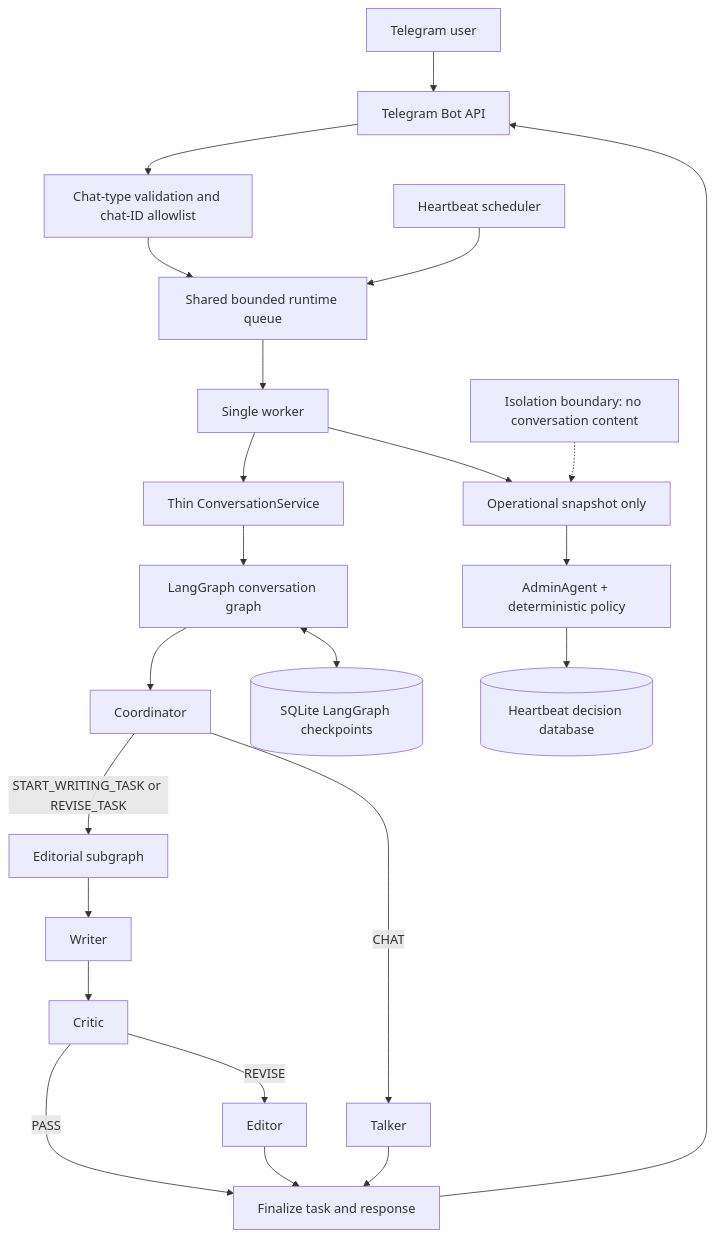
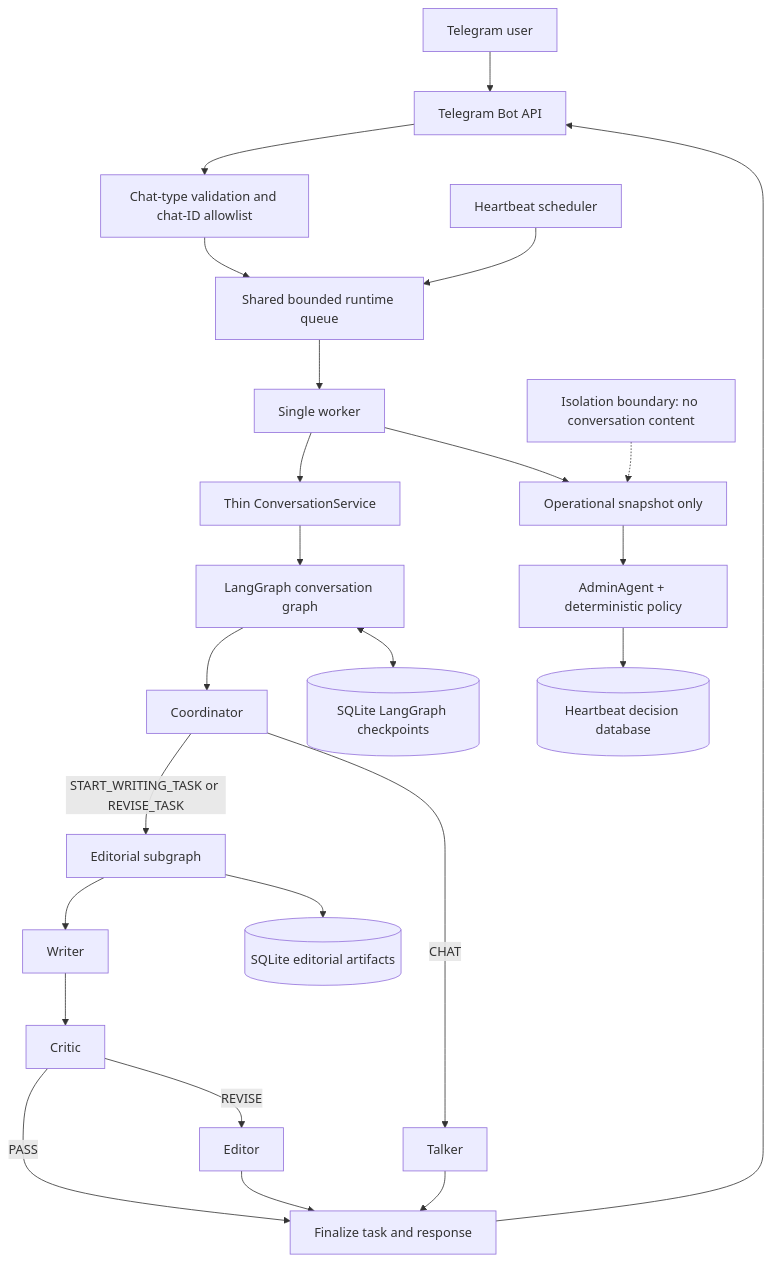
One commit to camomilesson/editorial-team-v2 changed the first of 6 diagrams in README.md. Above: the diagram before and after it, drawn with Mermaid. The commit also changed other lines of this file and 20 other files, not shown here.

````diff
--- a/README.md
+++ b/README.md
@@ -131,27 +134,28 @@
 ```mermaid
 flowchart TD
     U["Telegram user"] --> TG["Telegram Bot API"]
     TG --> IN["Chat-type validation and chat-ID allowlist"]
     IN --> Q["Shared bounded runtime queue"]
     Q --> W["Single worker"]
     W --> CS["Thin ConversationService"]
     CS --> PG["LangGraph conversation graph"]
     PG --> C["Coordinator"]
     C -->|"CHAT"| T["Talker"]
     C -->|"START_WRITING_TASK or REVISE_TASK"| ES["Editorial subgraph"]
     ES --> WR["Writer"]
     WR --> CR["Critic"]
     CR -->|"PASS"| DONE["Finalize task and response"]
     CR -->|"REVISE"| E["Editor"]
     E --> DONE
     T --> DONE
     DONE --> TG
 
     PG <--> DB[("SQLite LangGraph checkpoints")]
+    ES --> AS[("SQLite editorial artifacts")]
 
     HB["Heartbeat scheduler"] --> Q
     W --> OS["Operational snapshot only"]
     OS --> AA["AdminAgent + deterministic policy"]
     AA --> HDB[("Heartbeat decision database")]
     ISO["Isolation boundary: no conversation content"] -.-> OS
 ```
````
